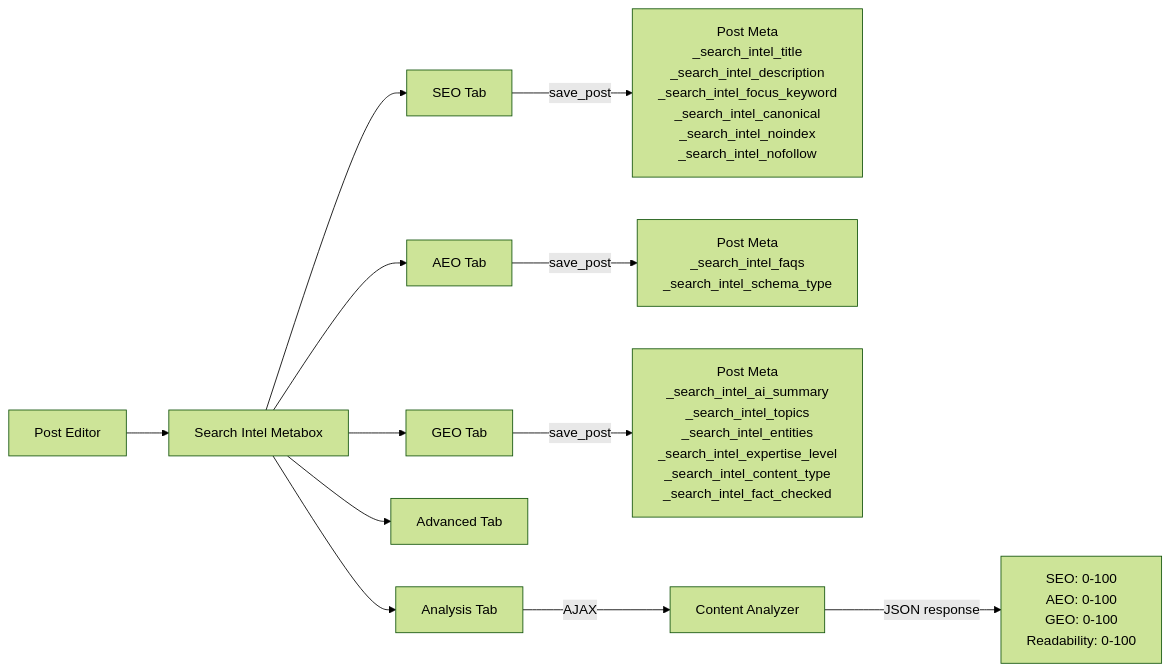
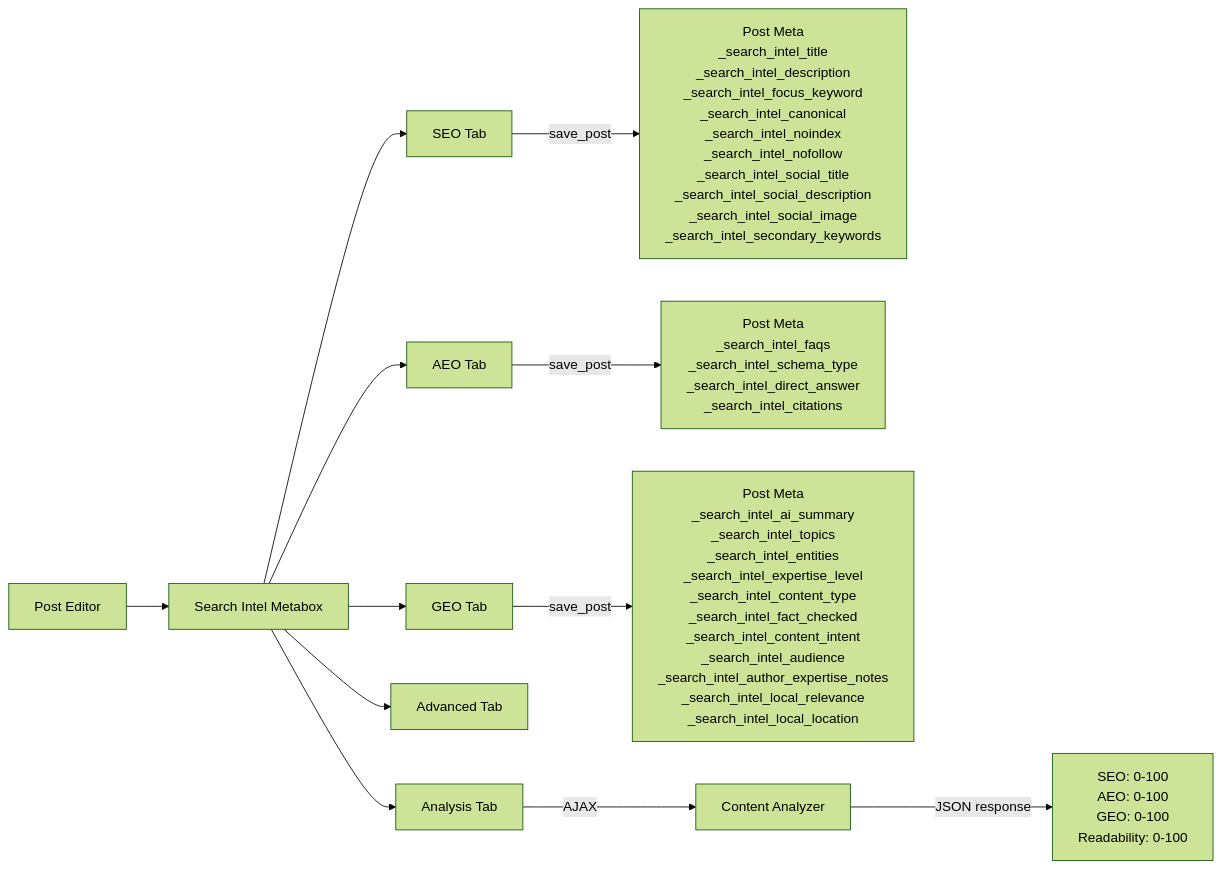
The fifth of 12 diagrams in README.md (CptNope/JAT-Search-Intel), drawn with Mermaid (forest theme) before and after one commit. The commit also changed other lines of this file and 18 other files, not shown here.

Commit message:
add v1.1.0 release with title templates, analysis-on-save, expanded post fields, and sitemap caching

````diff
--- a/README.md
+++ b/README.md
@@ -284,19 +313,19 @@
 ```mermaid
 flowchart LR
     EDITOR["Post Editor"] --> METABOX["Search Intel Metabox"]
 
     METABOX --> TAB_SEO["SEO Tab"]
     METABOX --> TAB_AEO["AEO Tab"]
     METABOX --> TAB_GEO["GEO Tab"]
     METABOX --> TAB_ADV["Advanced Tab"]
     METABOX --> TAB_ANALYSIS["Analysis Tab"]
 
-    TAB_SEO --> |"save_post"| PM_SEO["Post Meta<br/>_search_intel_title<br/>_search_intel_description<br/>_search_intel_focus_keyword<br/>_search_intel_canonical<br/>_search_intel_noindex<br/>_search_intel_nofollow"]
+    TAB_SEO --> |"save_post"| PM_SEO["Post Meta<br/>_search_intel_title<br/>_search_intel_description<br/>_search_intel_focus_keyword<br/>_search_intel_canonical<br/>_search_intel_noindex<br/>_search_intel_nofollow<br/>_search_intel_social_title<br/>_search_intel_social_description<br/>_search_intel_social_image<br/>_search_intel_secondary_keywords"]
 
-    TAB_AEO --> |"save_post"| PM_AEO["Post Meta<br/>_search_intel_faqs<br/>_search_intel_schema_type"]
+    TAB_AEO --> |"save_post"| PM_AEO["Post Meta<br/>_search_intel_faqs<br/>_search_intel_schema_type<br/>_search_intel_direct_answer<br/>_search_intel_citations"]
 
-    TAB_GEO --> |"save_post"| PM_GEO["Post Meta<br/>_search_intel_ai_summary<br/>_search_intel_topics<br/>_search_intel_entities<br/>_search_intel_expertise_level<br/>_search_intel_content_type<br/>_search_intel_fact_checked"]
+    TAB_GEO --> |"save_post"| PM_GEO["Post Meta<br/>_search_intel_ai_summary<br/>_search_intel_topics<br/>_search_intel_entities<br/>_search_intel_expertise_level<br/>_search_intel_content_type<br/>_search_intel_fact_checked<br/>_search_intel_content_intent<br/>_search_intel_audience<br/>_search_intel_author_expertise_notes<br/>_search_intel_local_relevance<br/>_search_intel_local_location"]
 
     TAB_ANALYSIS --> |"AJAX"| ANALYZER["Content Analyzer"]
     ANALYZER --> |"JSON response"| SCORES["SEO: 0-100<br/>AEO: 0-100<br/>GEO: 0-100<br/>Readability: 0-100"]
 ```
````
